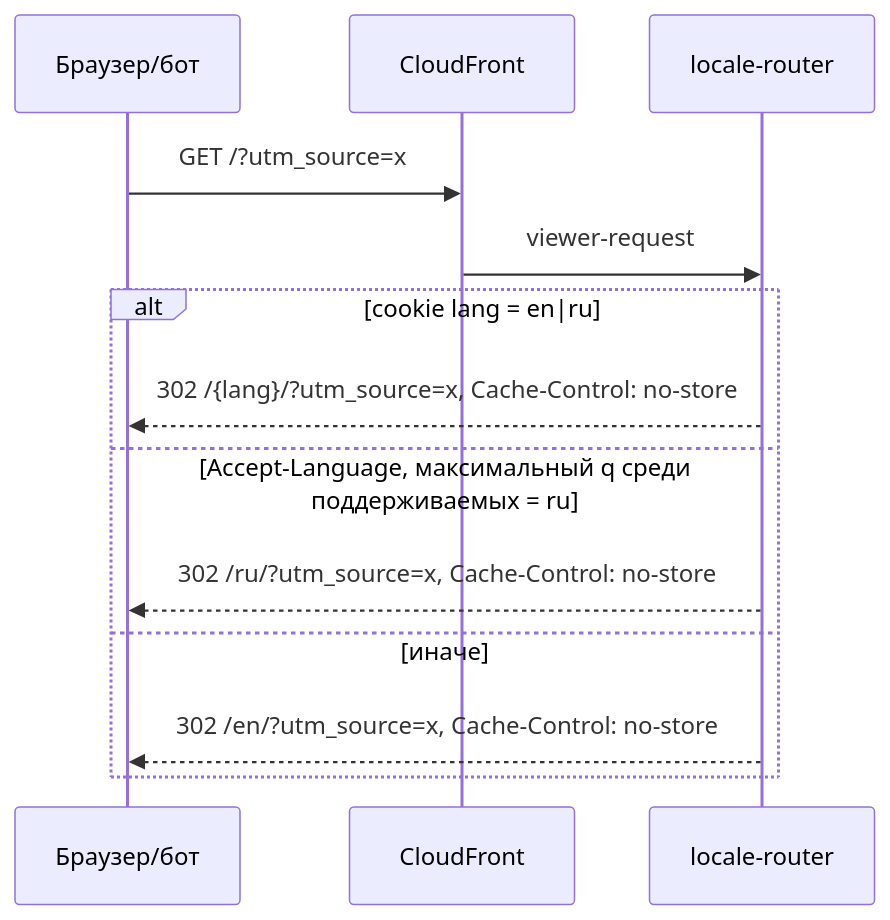
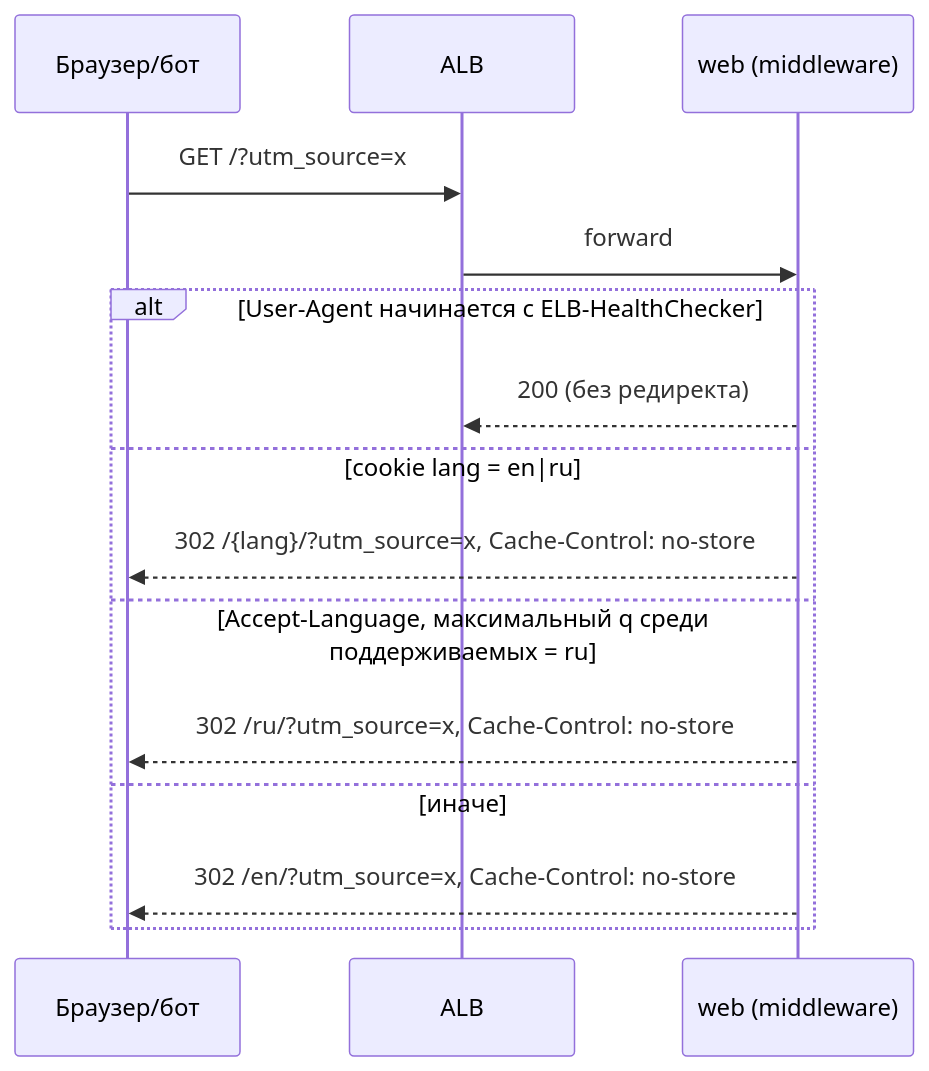
Before and after one commit to emustapaev/test1: the second of 4 diagrams in docs/architecture.md, drawn with Mermaid. The commit also changed other lines of this file and 5 other files, not shown here.

First line of the commit message:
Архитектура v4: ADR по ECS Fargate и деплою платформы, обновление architecture.md и OpenAPI (#109)

````diff
--- a/docs/architecture.md
+++ b/docs/architecture.md
@@ -48,15 +47,17 @@
 ```mermaid
 sequenceDiagram
     participant B as Браузер/бот
-    participant CF as CloudFront
-    participant FN as locale-router
-    B->>CF: GET /?utm_source=x
-    CF->>FN: viewer-request
-    alt cookie lang = en|ru
-        FN-->>B: 302 /{lang}/?utm_source=x, Cache-Control: no-store
+    participant A as ALB
+    participant W as web (middleware)
+    B->>A: GET /?utm_source=x
+    A->>W: forward
+    alt User-Agent начинается с ELB-HealthChecker
+        W-->>A: 200 (без редиректа)
+    else cookie lang = en|ru
+        W-->>B: 302 /{lang}/?utm_source=x, Cache-Control: no-store
     else Accept-Language, максимальный q среди поддерживаемых = ru
-        FN-->>B: 302 /ru/?utm_source=x, Cache-Control: no-store
+        W-->>B: 302 /ru/?utm_source=x, Cache-Control: no-store
     else иначе
-        FN-->>B: 302 /en/?utm_source=x, Cache-Control: no-store
+        W-->>B: 302 /en/?utm_source=x, Cache-Control: no-store
     end
 ```
````
